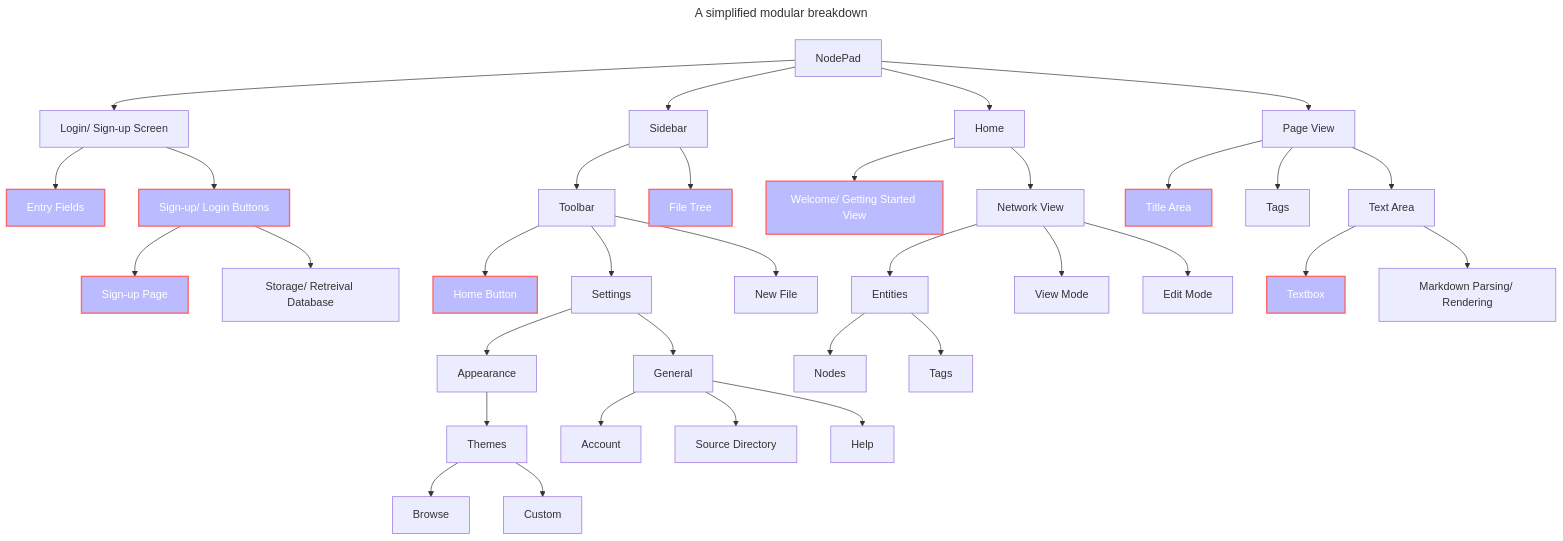
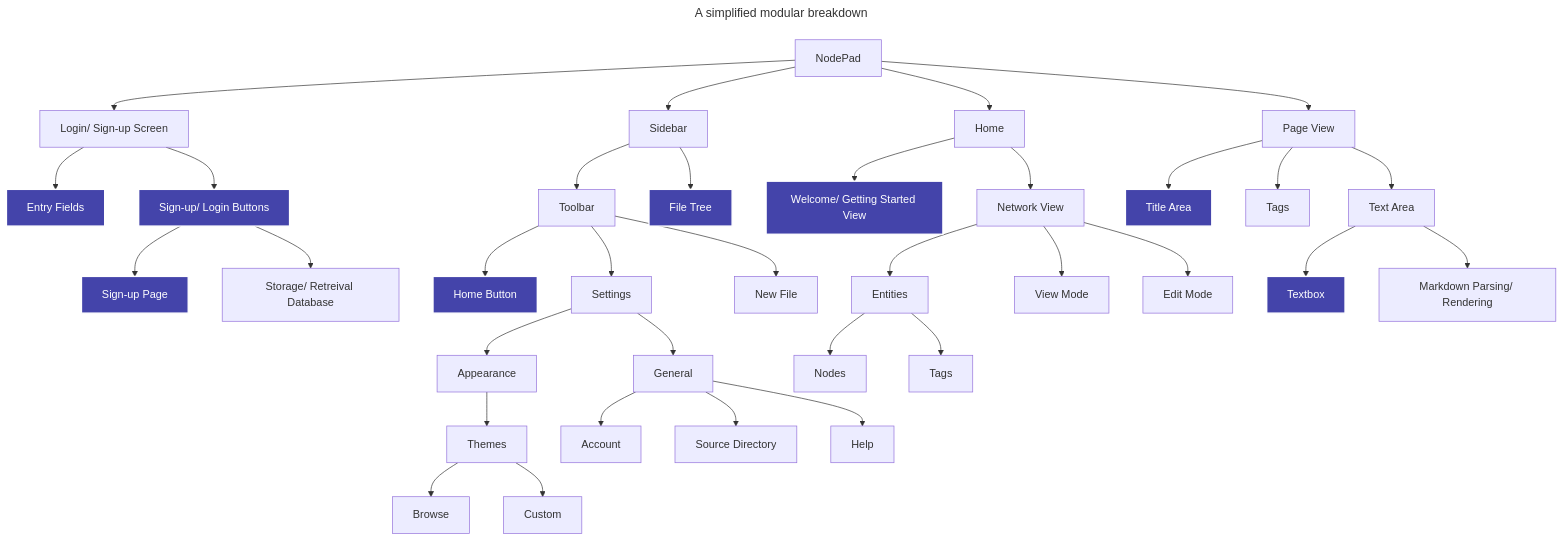
One commit to samcalthrop/NodePad changed the diagram in Write-up/2 - Iterative Development/2.1-Iteration1/2.1.2-functionality_of_prototype.md. Above: the diagram before and after it, drawn with Mermaid.

Commit message:
testing mermaid diagram for write up

````diff
--- a/Write-up/2 - Iterative Development/2.1-Iteration1/2.1.2-functionality_of_prototype.md
+++ b/Write-up/2 - Iterative Development/2.1-Iteration1/2.1.2-functionality_of_prototype.md
@@ -6,46 +6,47 @@
 ```mermaid
 ---
 title: A simplified modular breakdown
 ---
 
 flowchart TD
 
 	A --> U[Login/ Sign-up Screen]
 	U --> V[Entry Fields]:::highlight
 	U --> W[Sign-up/ Login Buttons]:::highlight
 	W --> Z[Sign-up Page]:::highlight
 	W --> ZA[Storage/ Retreival Database]
 
   A[NodePad] --> B[Sidebar]
   B --> C[Toolbar]
   B --> D[File Tree]:::highlight
   C --> E[Home Button]:::highlight
   C --> F[Settings]
   F --> G[Appearance]
   G --> H[Themes]
   H --> Browse
   H --> Custom
   F --> X[General]
   X --> Account
   X --> Y[Source Directory]
   X --> Help
   C --> J[New File]
 
   A --> K[Home]
   K --> L[Welcome/ Getting Started View]:::highlight
   K --> M[Network View]
   M --> N[Entities]
   N --> Nodes
   N --> Tags
   M --> O[View Mode]
   M --> P[Edit Mode]
 
   A --> Q[Page View]
   Q --> R[Title Area]:::highlight
   Q --> S[Tags]
   Q --> T[Text Area]
   T --> ZB[Textbox]:::highlight
   T --> ZC[Markdown Parsing/ Rendering]
 
-  classDef highlight fill:#bbf,stroke:#f66,stroke-width:2px,color:#fff
+  classDef highlight fill:#44a,stroke:#fff,stroke-width:2px,color:#fff
+  classDef highlight-half fill:#bbf,stroke:#f66,stroke-width:2px,color:#fff
 ```
````
